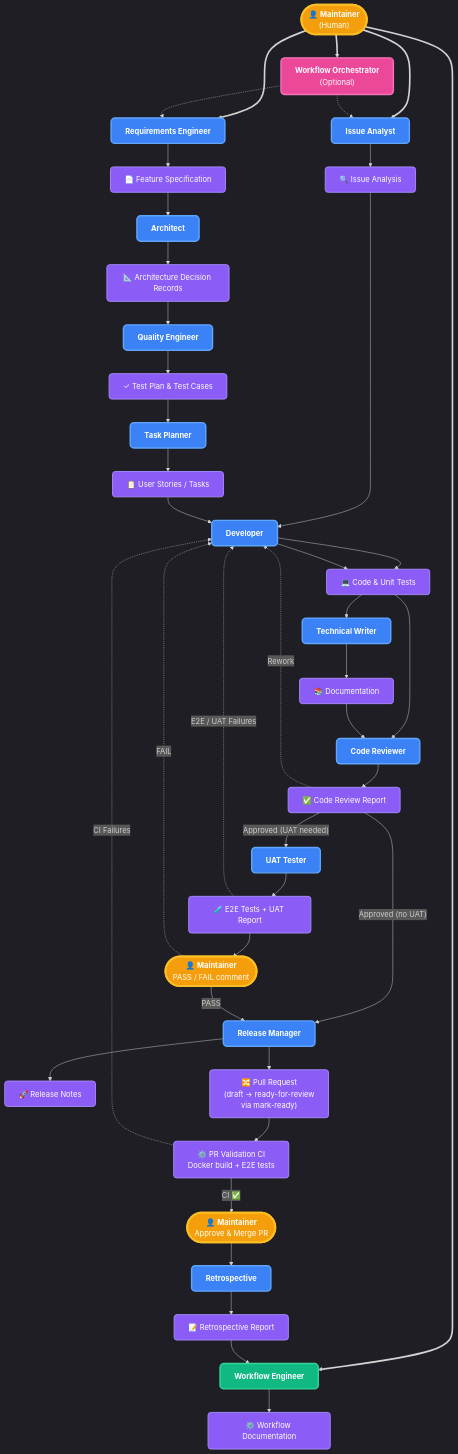
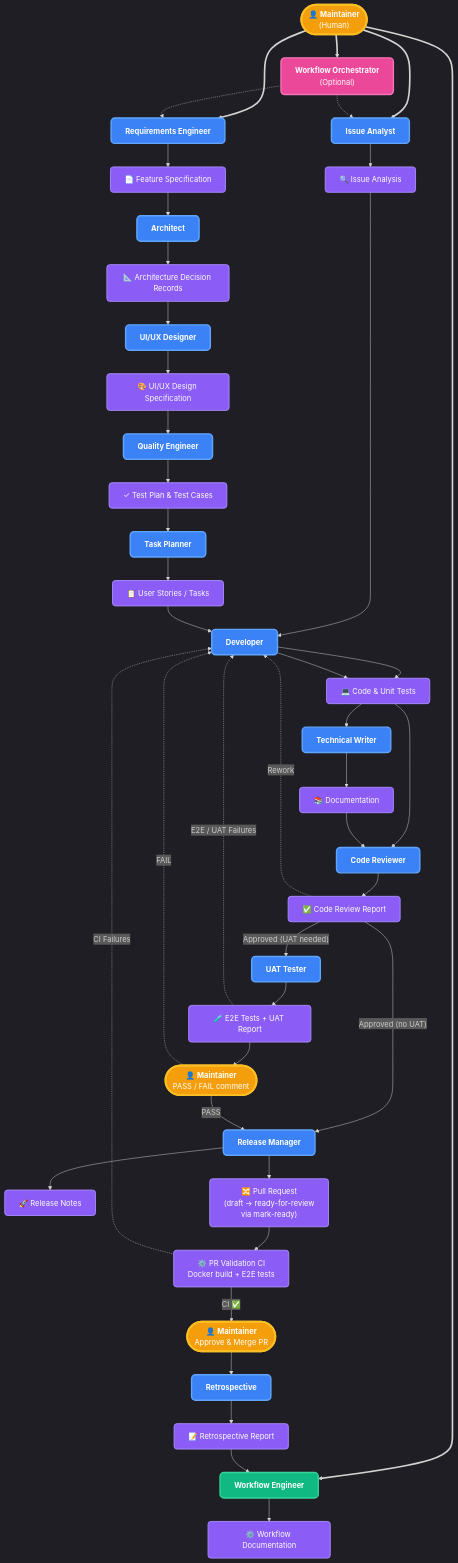
The diagram in docs/agents.md (StanislavMakhrov/application), drawn with Mermaid before and after one commit. The commit also changed other lines of this file and 4 other files, not shown here.

Commit message:
feat: add UI/UX Designer agent and update related documentation

````diff
--- a/docs/agents.md
+++ b/docs/agents.md
@@ -190,7 +190,13 @@
 	%% Row 4: Planning Artifacts
 	ADR["📐 Architecture Decision Records"]
 
-	%% Row 5: Quality & Tasks
+	%% Row 5: UI/UX Designer
+	UIUX["<b>UI/UX Designer</b>"]
+
+	%% Row 6: Design Artifact
+	UID["🎨 UI/UX Design Specification"]
+
+	%% Row 7: Quality & Tasks
 	QE["<b>Quality Engineer</b>"]
 	
 	%% Row 6: Test Plan
@@ -256,7 +262,8 @@
 	IA_AGENT --> IA --> DEV
 	WE --> WD
 
-	AR --> ADR --> QE
+	AR --> ADR --> UIUX
+	UIUX --> UID --> QE
 	QE --> TP --> TP_AGENT
 	TP_AGENT --> US --> DEV
 
@@ -288,7 +295,7 @@
 	%% Styling
 	class HUMAN,UAT_REVIEW,MERGE human;
 	class WO orchestrator;
-	class IA_AGENT,RE,AR,TP_AGENT,QE,DEV,TW,CR,UAT_AGENT,RM,RETRO_AGENT agent;
+	class IA_AGENT,RE,AR,UIUX,TP_AGENT,QE,DEV,TW,CR,UAT_AGENT,RM,RETRO_AGENT agent;
 	class WE metaagent;
-	class IA,FS,US,ADR,TP,CODE,DOCS,CRR,REL,PR,WD,UAT,RETRO,CI artifact;
+	class IA,FS,US,ADR,UID,TP,CODE,DOCS,CRR,REL,PR,WD,UAT,RETRO,CI artifact;
 ```
````
